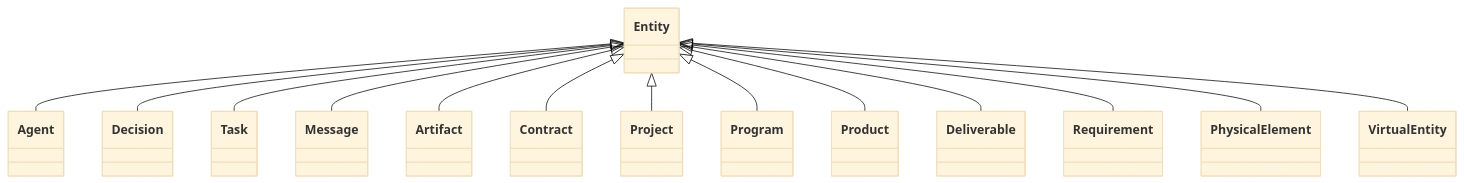
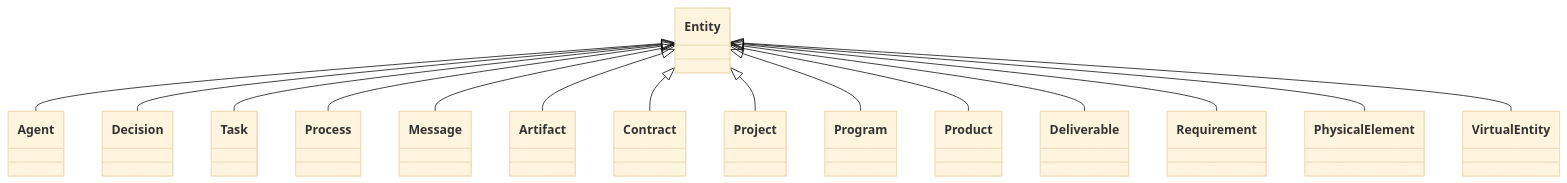
The diagram in site/schema/Entity.md (simondilhas/pragmatic-bim-data-contract), drawn with Mermaid (base theme) before and after one commit. The commit also changed other lines of this file and 616 other files, not shown here.

````diff
--- a/site/schema/Entity.md
+++ b/site/schema/Entity.md
@@ -25,41 +25,43 @@
 ```mermaid
 classDiagram
 direction TB
 class Entity
 click Entity href "./Entity.html" _blank
 Entity <|-- Agent
 click Agent href "./Agent.html" _blank
 Entity <|-- Decision
 click Decision href "./Decision.html" _blank
 Entity <|-- Task
 click Task href "./Task.html" _blank
+Entity <|-- Process
+click Process href "./Process.html" _blank
 Entity <|-- Message
 click Message href "./Message.html" _blank
 Entity <|-- Artifact
 click Artifact href "./Artifact.html" _blank
 Entity <|-- Contract
 click Contract href "./Contract.html" _blank
 Entity <|-- Project
 click Project href "./Project.html" _blank
 Entity <|-- Program
 click Program href "./Program.html" _blank
 Entity <|-- Product
 click Product href "./Product.html" _blank
 Entity <|-- Deliverable
 click Deliverable href "./Deliverable.html" _blank
 Entity <|-- Requirement
 click Requirement href "./Requirement.html" _blank
 Entity <|-- PhysicalElement
 click PhysicalElement href "./PhysicalElement.html" _blank
 Entity <|-- VirtualEntity
 click VirtualEntity href "./VirtualEntity.html" _blank
 click Entity href "./Entity.html" _blank
 click Classification href "./Classification.html" _blank
 click GeometryRepresentation href "./GeometryRepresentation.html" _blank
 click LocalizedText href "./LocalizedText.html" _blank
 click LocalizedText href "./LocalizedText.html" _blank
 click MetadataEntry href "./MetadataEntry.html" _blank
 click PerformanceProperty href "./PerformanceProperty.html" _blank
 click QuantityValue href "./QuantityValue.html" _blank
 click StatusType href "./StatusType.html" _blank
 ```
````
